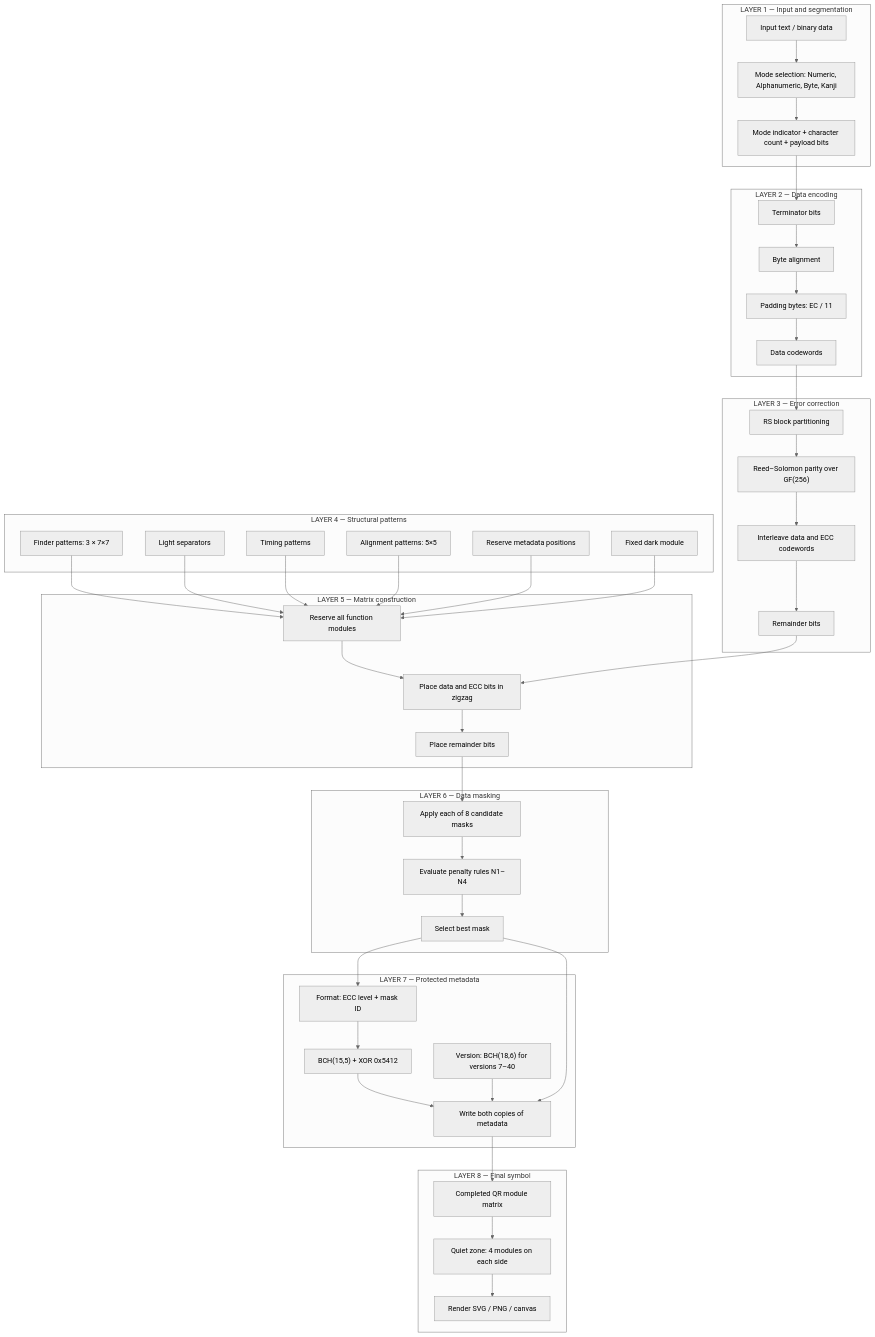
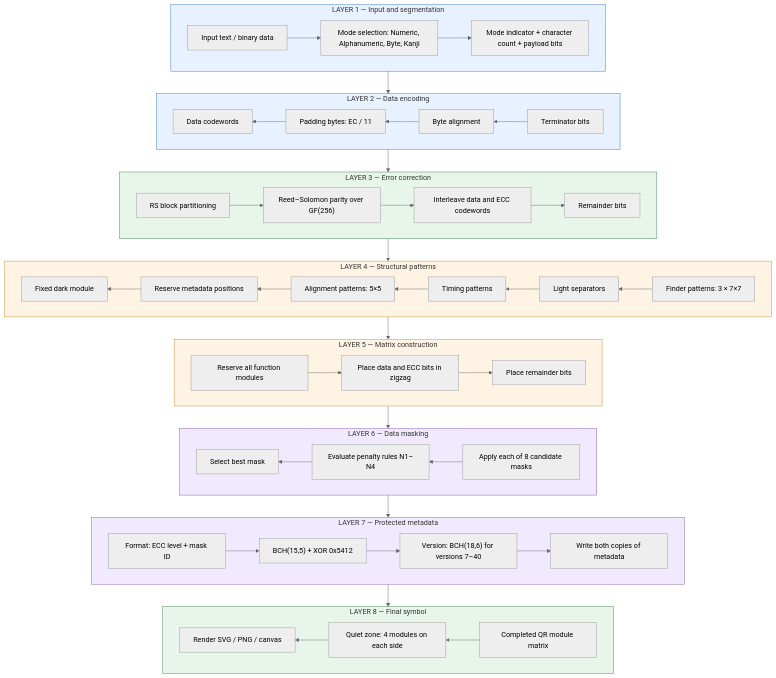
Before and after one commit to flyingzebra/QRgen: the diagram in README.md, drawn with Mermaid (neutral theme).

````diff
--- a/README.md
+++ b/README.md
@@ -12,7 +12,9 @@
 ```mermaid
+
 
 flowchart TB
     subgraph L1["LAYER 1 — Input and segmentation"]
+        direction LR
         A["Input text / binary data"]
         B["Mode selection: Numeric, Alphanumeric, Byte, Kanji"]
         C["Mode indicator + character count + payload bits"]
@@ -20,6 +22,7 @@
     end
 
     subgraph L2["LAYER 2 — Data encoding"]
+        direction RL
         D["Terminator bits"]
         E["Byte alignment"]
         F["Padding bytes: EC / 11"]
@@ -28,6 +31,7 @@
     end
 
     subgraph L3["LAYER 3 — Error correction"]
+        direction LR
         H["RS block partitioning"]
         I["Reed–Solomon parity over GF(256)"]
         J["Interleave data and ECC codewords"]
@@ -36,15 +40,18 @@
     end
 
     subgraph L4["LAYER 4 — Structural patterns"]
+        direction RL
         P1["Finder patterns: 3 × 7×7"]
         P2["Light separators"]
         P3["Timing patterns"]
         P4["Alignment patterns: 5×5"]
         P5["Reserve metadata positions"]
         P6["Fixed dark module"]
+        P1 --> P2 --> P3 --> P4 --> P5 --> P6
     end
 
     subgraph L5["LAYER 5 — Matrix construction"]
+        direction LR
         M1["Reserve all function modules"]
         M2["Place data and ECC bits in zigzag"]
         M3["Place remainder bits"]
@@ -52,6 +59,7 @@
     end
 
     subgraph L6["LAYER 6 — Data masking"]
+        direction RL
         N1["Apply each of 8 candidate masks"]
         N2["Evaluate penalty rules N1–N4"]
         N3["Select best mask"]
@@ -59,34 +67,37 @@
     end
 
     subgraph L7["LAYER 7 — Protected metadata"]
+        direction LR
         Q1["Format: ECC level + mask ID"]
         Q2["BCH(15,5) + XOR 0x5412"]
         Q3["Version: BCH(18,6) for versions 7–40"]
         Q4["Write both copies of metadata"]
-        Q1 --> Q2 --> Q4
-        Q3 --> Q4
+        Q1 --> Q2 --> Q3 --> Q4
     end
 
     subgraph L8["LAYER 8 — Final symbol"]
+        direction RL
         R1["Completed QR module matrix"]
         R2["Quiet zone: 4 modules on each side"]
         R3["Render SVG / PNG / canvas"]
         R1 --> R2 --> R3
     end
 
-    C --> D
-    G --> H
-    K --> M2
+    L1 --> L2
+    L2 --> L3
+    L3 --> L4
+    L4 --> L5
+    L5 --> L6
+    L6 --> L7
+    L7 --> L8
 
-    P1 --> M1
-    P2 --> M1
-    P3 --> M1
-    P4 --> M1
-    P5 --> M1
-    P6 --> M1
+    style L1 fill:#e8f1ff,stroke:#3975c6
+    style L2 fill:#e8f1ff,stroke:#3975c6
+    style L3 fill:#e7f5ea,stroke:#34834a
+    style L4 fill:#fff3e3,stroke:#c88a37
+    style L5 fill:#fff3e3,stroke:#c88a37
+    style L6 fill:#f1eaff,stroke:#8354b0
+    style L7 fill:#f1eaff,stroke:#8354b0
+    style L8 fill:#e7f5ea,stroke:#34834a
 
-    M3 --> N1
-    N3 --> Q1
-    N3 --> Q4
-    Q4 --> R1
 ```
````
